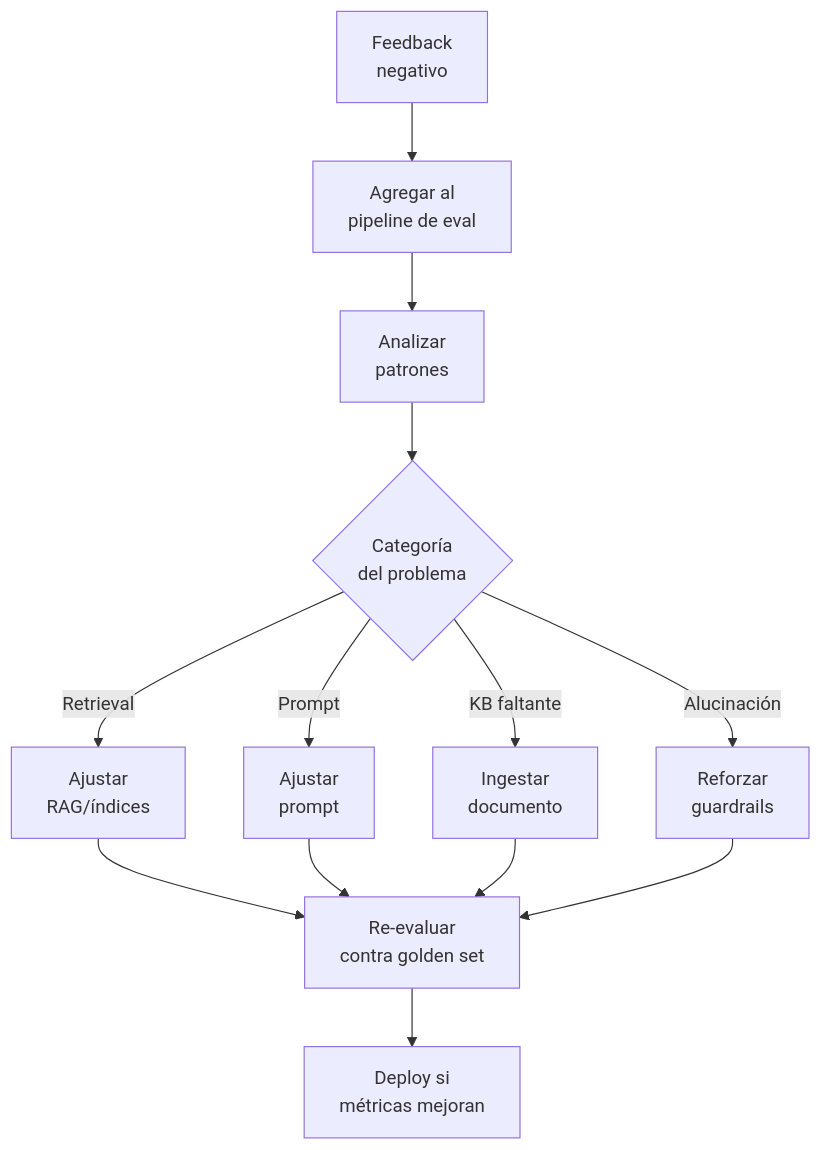
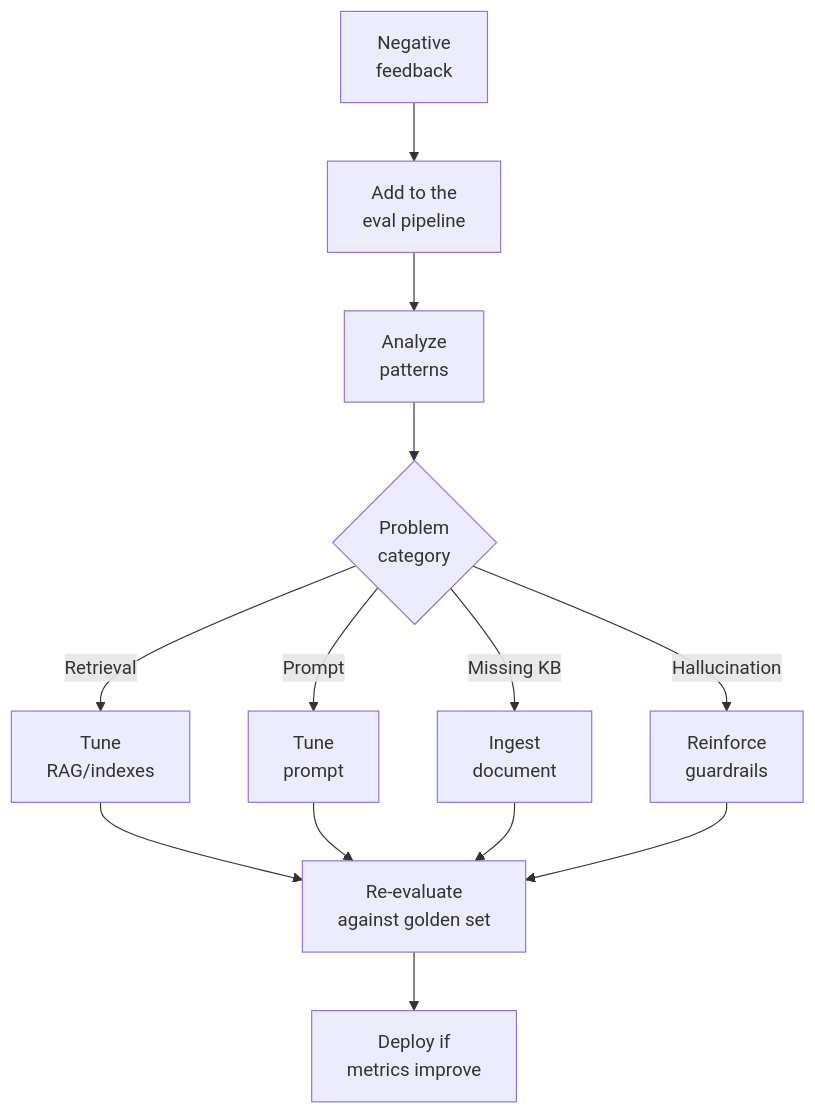
Before and after one commit to pablonux/legal-ai-ar: the second of 3 diagrams in docs/technical/05-ai-quality-evaluation.md, drawn with Mermaid. The commit also changed other lines of this file and 1 other file, not shown here.

````diff
--- a/docs/technical/05-ai-quality-evaluation.md
+++ b/docs/technical/05-ai-quality-evaluation.md
@@ -197,12 +201,12 @@
 ```mermaid
 flowchart TB
-    FB[Feedback<br/>negativo] --> AGG[Agregar al<br/>pipeline de eval]
-    AGG --> AN[Analizar<br/>patrones]
-    AN --> CAT{Categoría<br/>del problema}
-    CAT -->|Retrieval| FIX_R[Ajustar<br/>RAG/índices]
-    CAT -->|Prompt| FIX_P[Ajustar<br/>prompt]
-    CAT -->|KB faltante| FIX_K[Ingestar<br/>documento]
-    CAT -->|Alucinación| FIX_H[Reforzar<br/>guardrails]
-    FIX_R & FIX_P & FIX_K & FIX_H --> EVAL[Re-evaluar<br/>contra golden set]
-    EVAL --> DEPLOY[Deploy si<br/>métricas mejoran]
+    FB[Negative<br/>feedback] --> AGG[Add to the<br/>eval pipeline]
+    AGG --> AN[Analyze<br/>patterns]
+    AN --> CAT{Problem<br/>category}
+    CAT -->|Retrieval| FIX_R[Tune<br/>RAG/indexes]
+    CAT -->|Prompt| FIX_P[Tune<br/>prompt]
+    CAT -->|Missing KB| FIX_K[Ingest<br/>document]
+    CAT -->|Hallucination| FIX_H[Reinforce<br/>guardrails]
+    FIX_R & FIX_P & FIX_K & FIX_H --> EVAL[Re-evaluate<br/>against golden set]
+    EVAL --> DEPLOY[Deploy if<br/>metrics improve]
 ```
````
